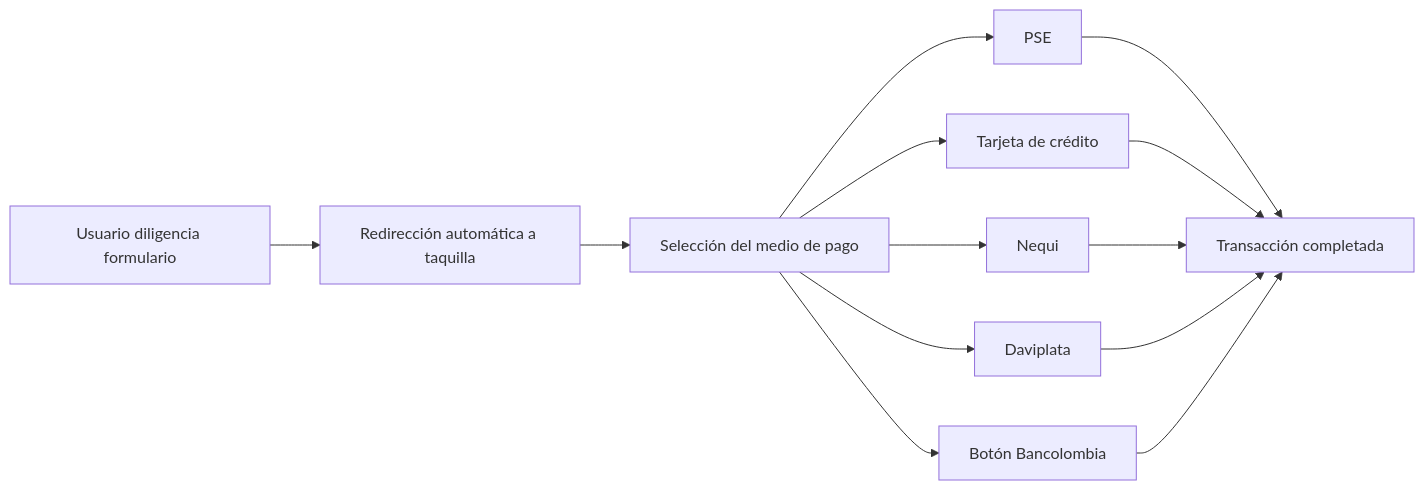
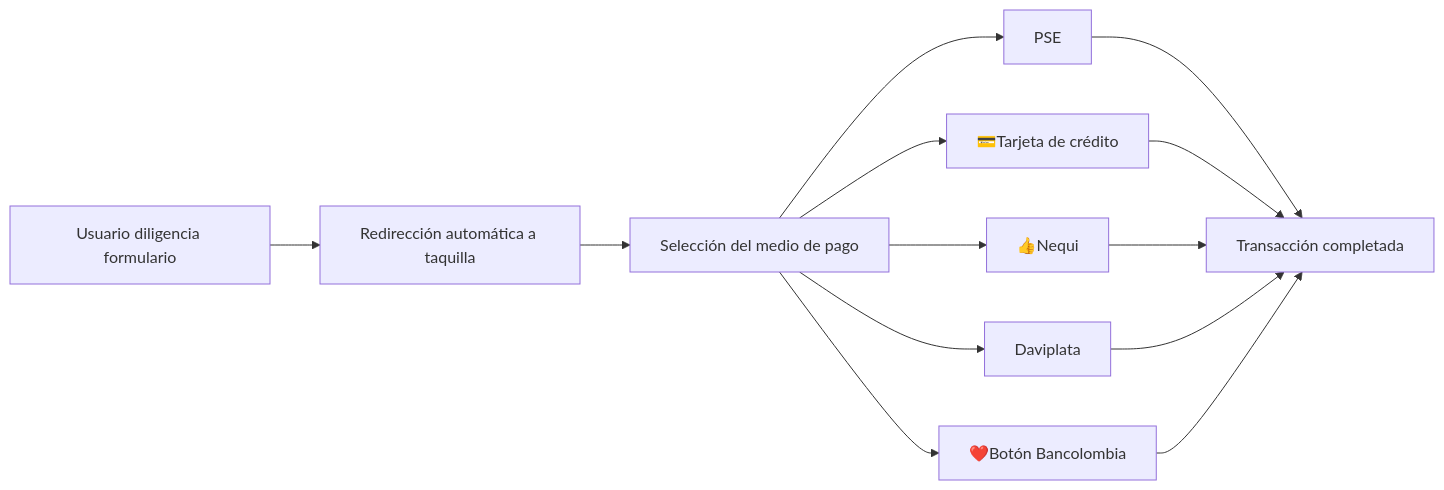
Before and after one commit to Zonapagos/documentacion: the diagram in docs/zonaexpress/medios-de-pago.mdx, drawn with Mermaid.

````diff
--- a/docs/zonaexpress/medios-de-pago.mdx
+++ b/docs/zonaexpress/medios-de-pago.mdx
@@ -28,20 +28,20 @@
 ```mermaid
 flowchart LR
 
 A[Usuario diligencia formulario]
 --> B[Redirección automática a taquilla]
 
 B --> C[Selección del medio de pago]
 
 C --> D[PSE]
-C --> E[Tarjeta de crédito]
-C --> F[Nequi]
+C --> E[💳Tarjeta de crédito]
+C --> F[👍Nequi]
 C --> G[Daviplata]
-C --> H[Botón Bancolombia]
+C --> H[❤️Botón Bancolombia]
 
 D --> I[Transacción completada]
 E --> I
 F --> I
 G --> I
 H --> I
 ```
````
